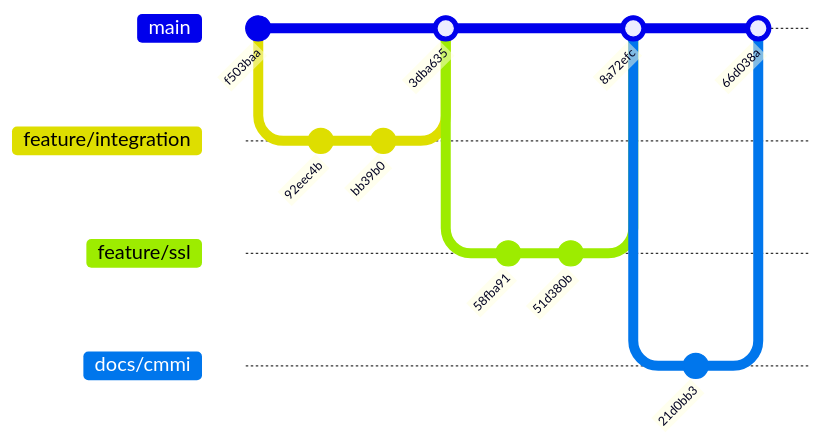
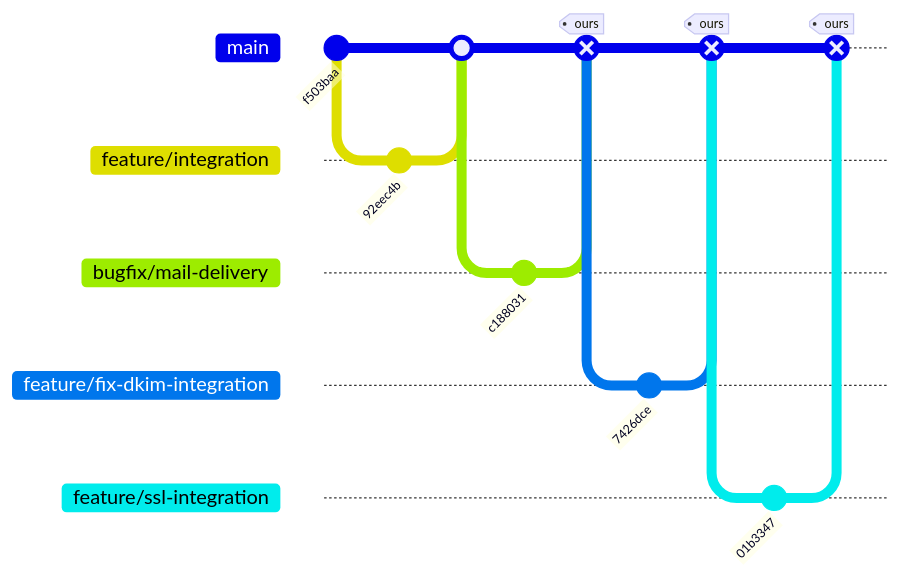
The diagram in pruebas/INFORME_GDC_CMMI.md (AT1RUZ/servidor-correo-config), drawn with Mermaid before and after one commit. The commit also changed other lines of this file, not shown here.

Commit message:
Creada unltima version del informe de gestion de la configuracion

````diff
--- a/pruebas/INFORME_GDC_CMMI.md
+++ b/pruebas/INFORME_GDC_CMMI.md
@@ -65,21 +73,24 @@
 ```mermaid
 gitGraph
     commit id: "f503baa" msg: "Estructura inicial"
     branch "feature/integration"
     checkout "feature/integration"
     commit id: "92eec4b" msg: "feat: añadir script"
-    commit id: "bb39b0" msg: "feat: integrar ClamAV"
     checkout main
-    merge "feature/integration" id: "3dba635"
-    branch "feature/ssl"
-    checkout "feature/ssl"
-    commit id: "58fba91" msg: "feat: fw 587 y SSL"
-    commit id: "51d380b" msg: "fix: Dovecot/SSL"
+    merge "feature/integration"
+    branch "bugfix/mail-delivery"
+    checkout "bugfix/mail-delivery"
+    commit id: "c188031" msg: "fix: mail server"
     checkout main
-    merge "feature/ssl" id: "8a72efc"
-    branch "docs/cmmi"
-    checkout "docs/cmmi"
-    commit id: "21d0bb3" msg: "docs: informe GDC"
+    merge "bugfix/mail-delivery" type: REVERSE tag: "ours"
+    branch "feature/fix-dkim-integration"
+    checkout "feature/fix-dkim-integration"
+    commit id: "7426dce" msg: "feat: DKIM"
     checkout main
-    merge "docs/cmmi" id: "66d038a"
+    merge "feature/fix-dkim-integration" type: REVERSE tag: "ours"
+    branch "feature/ssl-integration"
+    checkout "feature/ssl-integration"
+    commit id: "01b3347" msg: "feat: SSL integration"
+    checkout main
+    merge "feature/ssl-integration" type: REVERSE tag: "ours"
 ```
````
